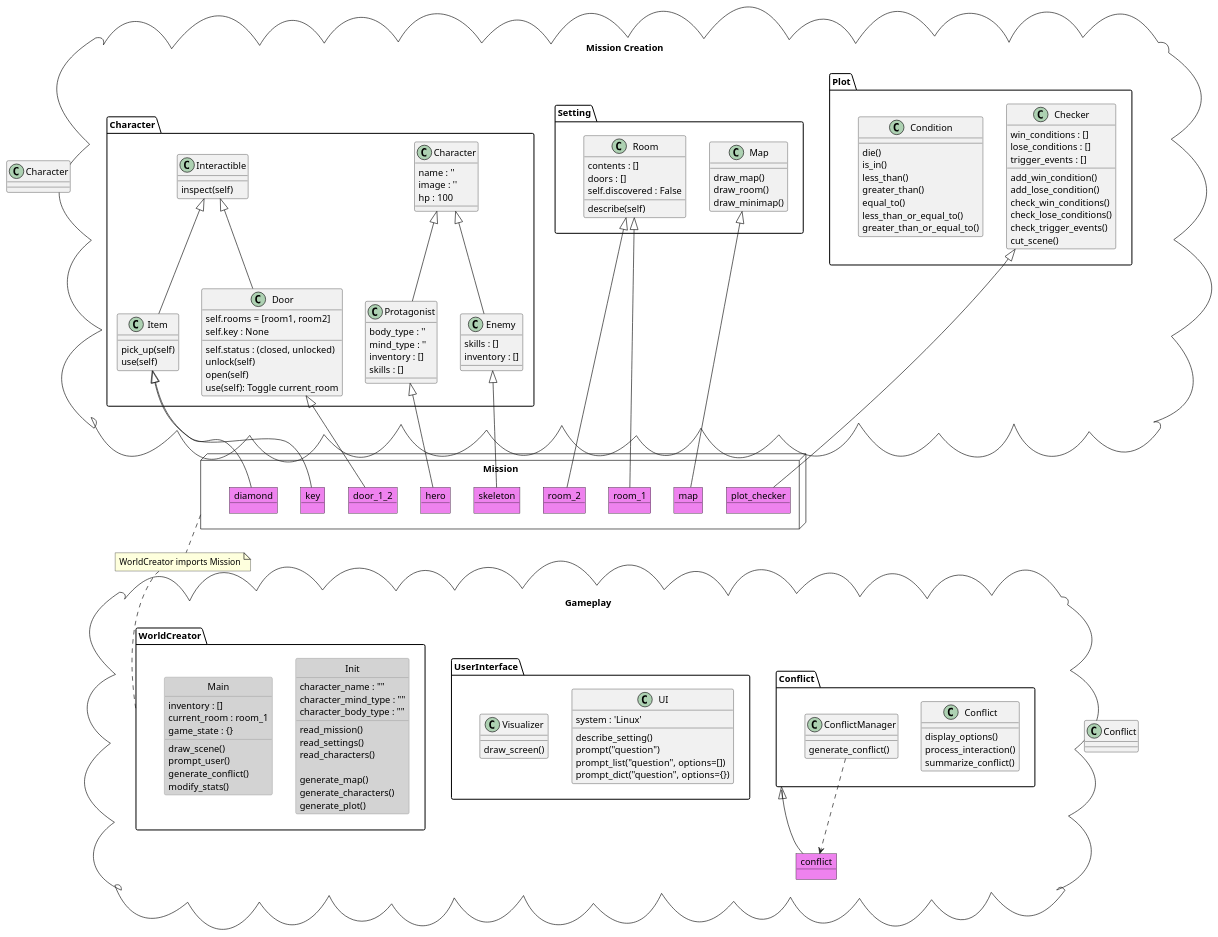
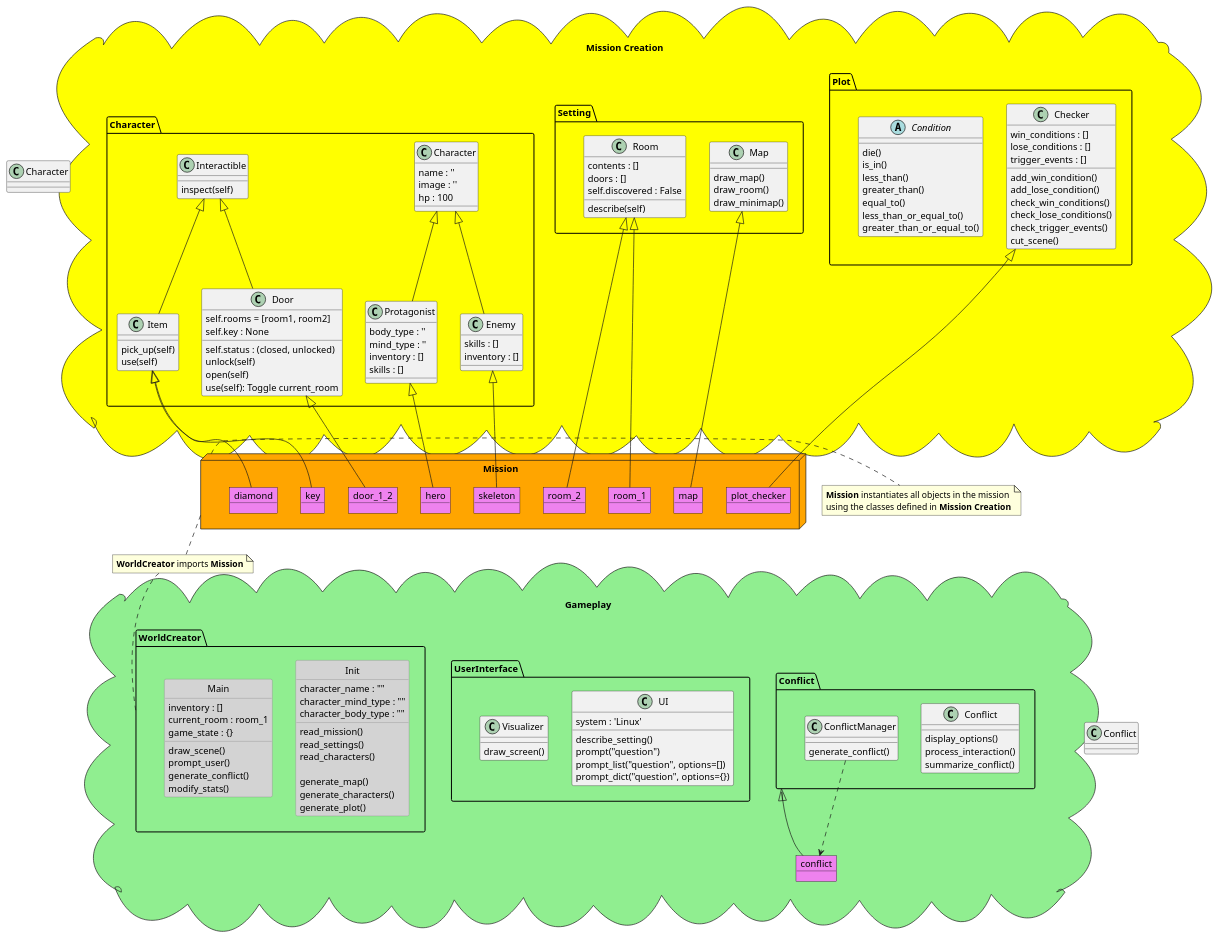
The diagram in doc/packages.puml (kiew-ay/Adventure), drawn with PlantUML before and after one commit.

Commit message:
colored, commented, made package diagram clearer

```diff
--- a/doc/packages.puml
+++ b/doc/packages.puml
@@ -18,7 +18,7 @@
 ' PACKAGES
 '-------------------------------------------------------------------------------
 '_______________________________________________________________________________
-package "Mission Creation" <<Cloud>> {
+package "Mission Creation" <<Cloud>> #Yellow {
     '_______________________________________________________________________________
     package Character <<Folder>> {
         class Character {
@@ -96,7 +96,7 @@
         }
 
         '----------------------------------
-        class Condition {
+        abstract class Condition {
             die()
             is_in()
             less_than()
@@ -110,7 +110,7 @@
 
 
 '_______________________________________________________________________________
-package Mission <<Node>> {
+package Mission <<Node>> #Orange {
     ''''''''''''''''''''''''''''''''''''''''''''''''''''''''''''''''''''''''''''
     '' The mission file instantiates everything that will exist in the mission.
     ''      - characters (hero, enemies, etc.)
@@ -149,7 +149,7 @@
 
 
 '_______________________________________________________________________________
-package "Gameplay" <<Cloud>> {
+package "Gameplay" <<Cloud>> #LightGreen {
     '_______________________________________________________________________________
     package Conflict <<Folder>> {
         class Conflict {
@@ -236,10 +236,15 @@
 '_______________________________________
 '           MISSION
 '---------------------------------------
+note right of Mission
+    <b>Mission</b> instantiates all objects in the mission
+    using the classes defined in <b>Mission Creation</b>
+end note
+
 ' Align Vertically: WorldCreator, Mission
-note "WorldCreator imports Mission" as N1
-Mission .. N1
-N1 .. WorldCreator
+note "<b>WorldCreator</b> imports <b>Mission</b>" as MissionImportNote
+Mission .. MissionImportNote 
+MissionImportNote .. WorldCreator
 
 
 '_______________________________________
```
